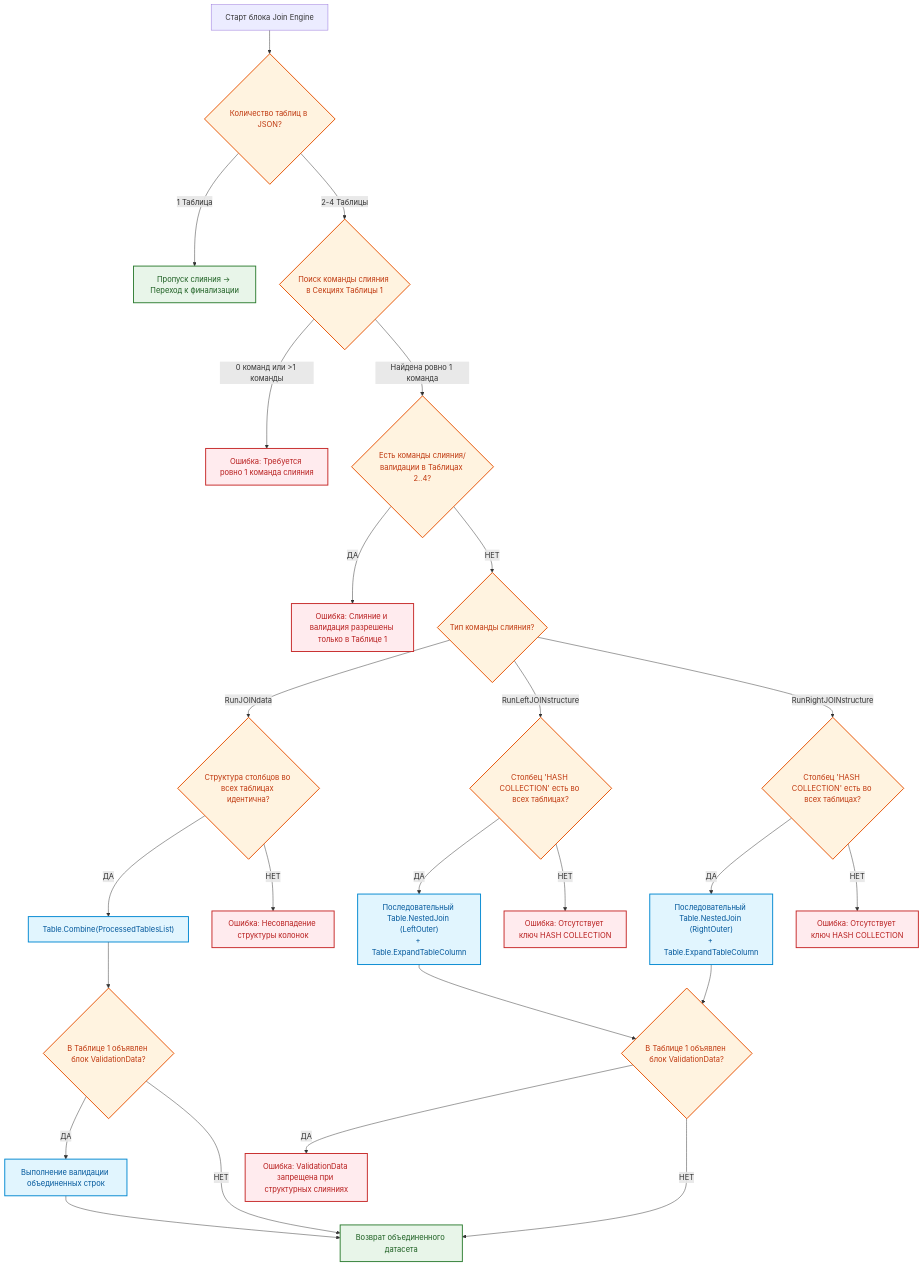
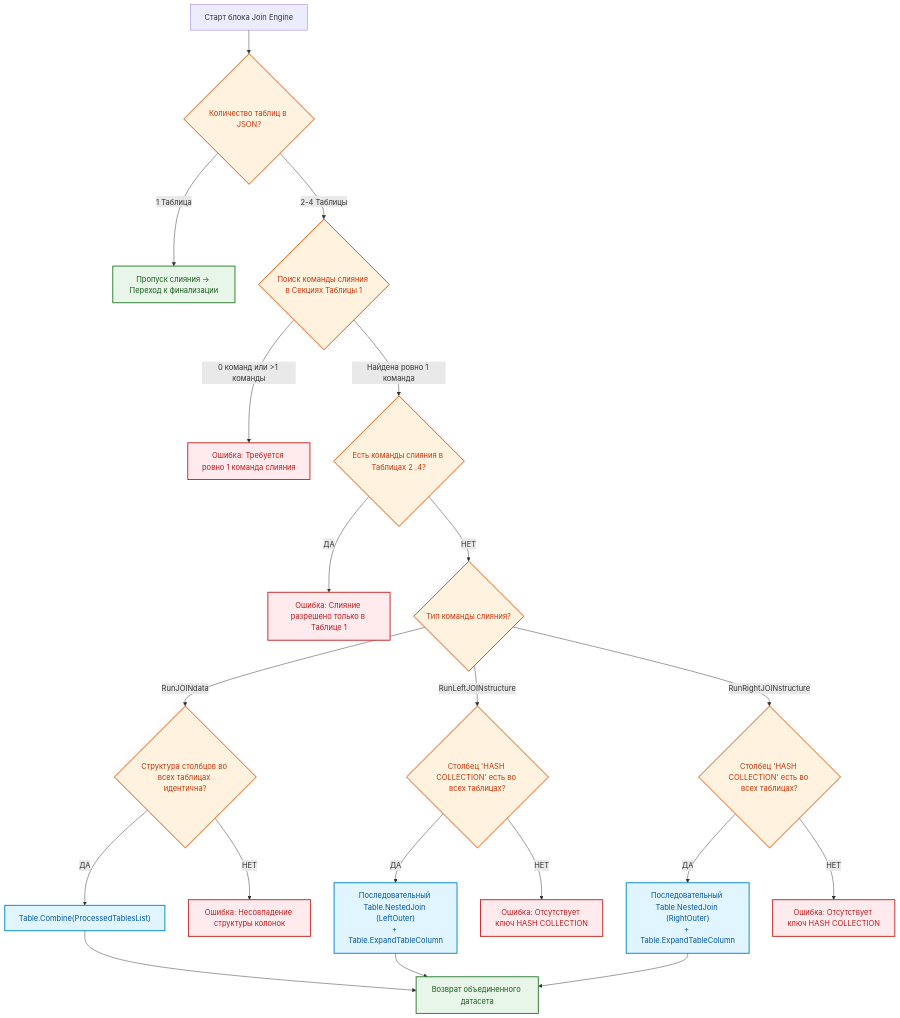
The fourth of 4 diagrams in 03__Проект/05__pq-script/01__general/03__ETL-processing/README-etl-processor.md (Konkery/Project-1_2026-N2-MAS), drawn with Mermaid before and after one commit. The commit also changed other lines of this file and 5 other files, not shown here.

````diff
--- a/03__Проект/05__pq-script/01__general/03__ETL-processing/README-etl-processor.md
+++ b/03__Проект/05__pq-script/01__general/03__ETL-processing/README-etl-processor.md
@@ -472,40 +534,33 @@
 ```mermaid
 flowchart TD
     classDef check fill:#FFF3E0,stroke:#E65100,stroke-width:2px,color:#BF360C;
     classDef join fill:#E1F5FE,stroke:#0288D1,stroke-width:2px,color:#01579B;
     classDef err fill:#FFEBEE,stroke:#C62828,stroke-width:2px,color:#B71C1C;
     classDef success fill:#E8F5E9,stroke:#2E7D32,stroke-width:2px,color:#1B5E20;
 
     StartJoin["Старт блока Join Engine"] --> CountCheck{"Количество таблиц в JSON?"}:::check
     CountCheck -- "1 Таблица" --> BypassJoin["Пропуск слияния -> Переход к финализации"]:::success
     CountCheck -- "2-4 Таблицы" --> FindJoin{"Поиск команды слияния в Секциях Таблицы 1"}:::check
 
     FindJoin -- "0 команд или >1 команды" --> ErrJoinCount["Ошибка: Требуется ровно 1 команда слияния"]:::err
-    FindJoin -- "Найдена ровно 1 команда" --> CheckOthers{"Есть команды слияния/валидации в Таблицах 2..4?"}:::check
+    FindJoin -- "Найдена ровно 1 команда" --> CheckOthers{"Есть команды слияния в Таблицах 2..4?"}:::check
 
-    CheckOthers -- ДА --> ErrForbidden["Ошибка: Слияние и валидация разрешены только в Таблице 1"]:::err
+    CheckOthers -- ДА --> ErrForbidden["Ошибка: Слияние разрешено только в Таблице 1"]:::err
     CheckOthers -- НЕТ --> RouteJoin{"Тип команды слияния?"}:::check
 
     RouteJoin -- "RunJOINdata" --> CheckCols{"Структура столбцов во всех таблицах идентична?"}:::check
     CheckCols -- ДА --> DoCombine["Table.Combine(ProcessedTablesList)"]:::join
     CheckCols -- НЕТ --> ErrCols["Ошибка: Несовпадение структуры колонок"]:::err
 
     RouteJoin -- "RunLeftJOINstructure" --> CheckHashL{"Столбец 'HASH COLLECTION' есть во всех таблицах?"}:::check
     CheckHashL -- ДА --> DoLeftJoin["Последовательный Table.NestedJoin (LeftOuter)<br/>+ Table.ExpandTableColumn"]:::join
     CheckHashL -- НЕТ --> ErrHashL["Ошибка: Отсутствует ключ HASH COLLECTION"]:::err
 
     RouteJoin -- "RunRightJOINstructure" --> CheckHashR{"Столбец 'HASH COLLECTION' есть во всех таблицах?"}:::check
     CheckHashR -- ДА --> DoRightJoin["Последовательный Table.NestedJoin (RightOuter)<br/>+ Table.ExpandTableColumn"]:::join
     CheckHashR -- НЕТ --> ErrHashR["Ошибка: Отсутствует ключ HASH COLLECTION"]:::err
 
-    DoCombine --> ValGateway{"В Таблице 1 объявлен блок ValidationData?"}:::check
-    DoLeftJoin --> CheckNoVal{"В Таблице 1 объявлен блок ValidationData?"}:::check
-    DoRightJoin --> CheckNoVal
-
-    CheckNoVal -- ДА --> ErrValJoin["Ошибка: ValidationData запрещена при структурных слияниях"]:::err
-    CheckNoVal -- НЕТ --> EndJoin["Возврат объединенного датасета"]:::success
-
-    ValGateway -- ДА --> RunVal["Выполнение валидации объединенных строк"]:::join
-    ValGateway -- НЕТ --> EndJoin
-    RunVal --> EndJoin
+    DoCombine --> EndJoin["Возврат объединенного датасета"]:::success
+    DoLeftJoin --> EndJoin
+    DoRightJoin --> EndJoin
 ```
````
